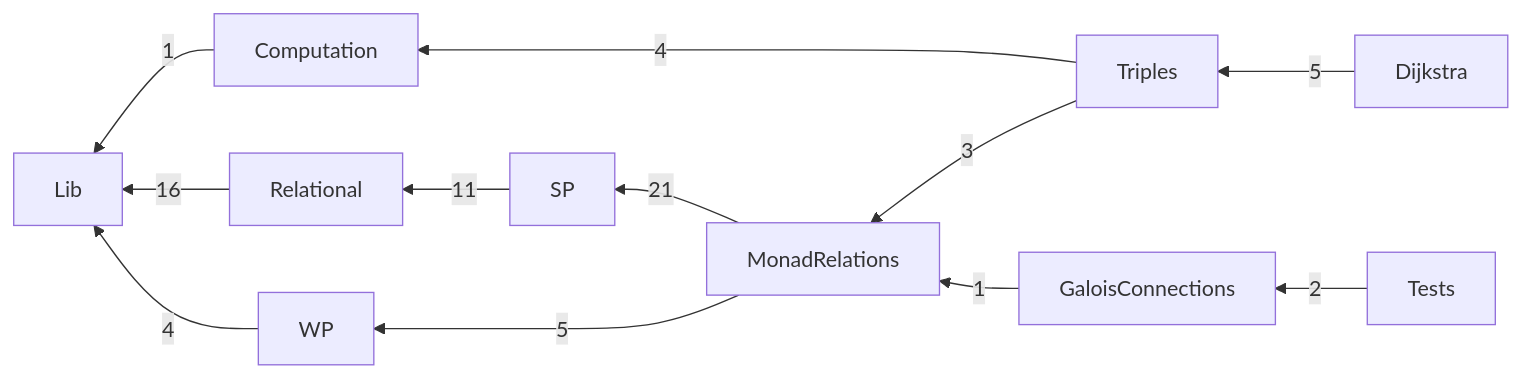
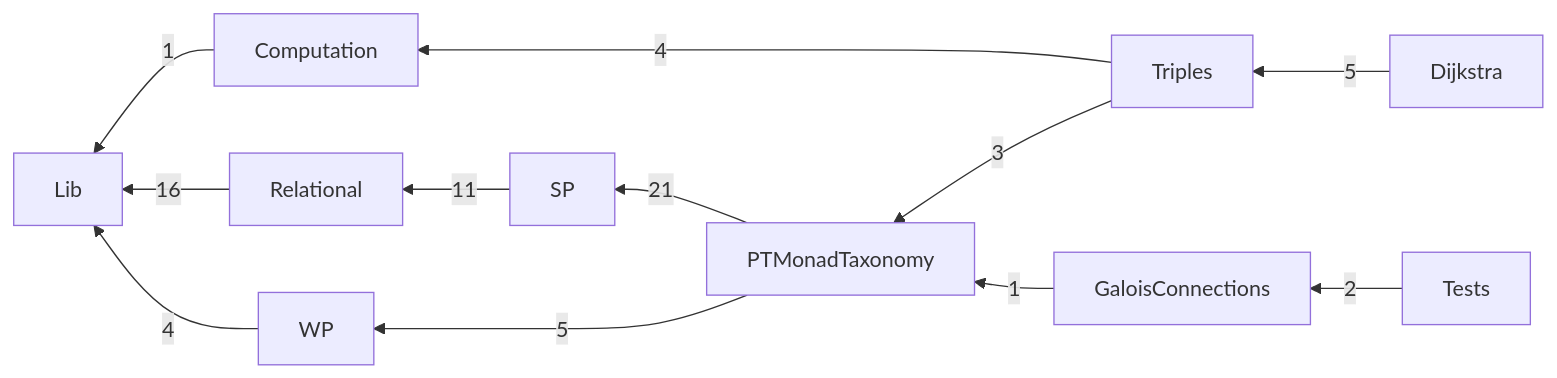
One commit to lastland/SpecMonad changed the diagram in Code/README.md. Above: the diagram before and after it, drawn with Mermaid. The commit also changed other lines of this file and 23 other files, not shown here.

First line of the commit message:
Rename MonadRelations/ to PTMonadTaxonomy/ after section 4's title

````diff
--- a/Code/README.md
+++ b/Code/README.md
@@ -39,14 +39,14 @@
 ```mermaid
 flowchart RL
   Computation[Computation] -->|1| Lib[Lib]
   Dijkstra[Dijkstra] -->|5| Triples[Triples]
-  GaloisConnections[GaloisConnections] -->|1| MonadRelations[MonadRelations]
-  MonadRelations[MonadRelations] -->|21| SP[SP]
-  MonadRelations[MonadRelations] -->|5| WP[WP]
+  GaloisConnections[GaloisConnections] -->|1| PTMonadTaxonomy[PTMonadTaxonomy]
+  PTMonadTaxonomy[PTMonadTaxonomy] -->|21| SP[SP]
+  PTMonadTaxonomy[PTMonadTaxonomy] -->|5| WP[WP]
   Relational[Relational] -->|16| Lib[Lib]
   SP[SP] -->|11| Relational[Relational]
   Tests[Tests] -->|2| GaloisConnections[GaloisConnections]
   Triples[Triples] -->|4| Computation[Computation]
-  Triples[Triples] -->|3| MonadRelations[MonadRelations]
+  Triples[Triples] -->|3| PTMonadTaxonomy[PTMonadTaxonomy]
   WP[WP] -->|4| Lib[Lib]
 ```
````
